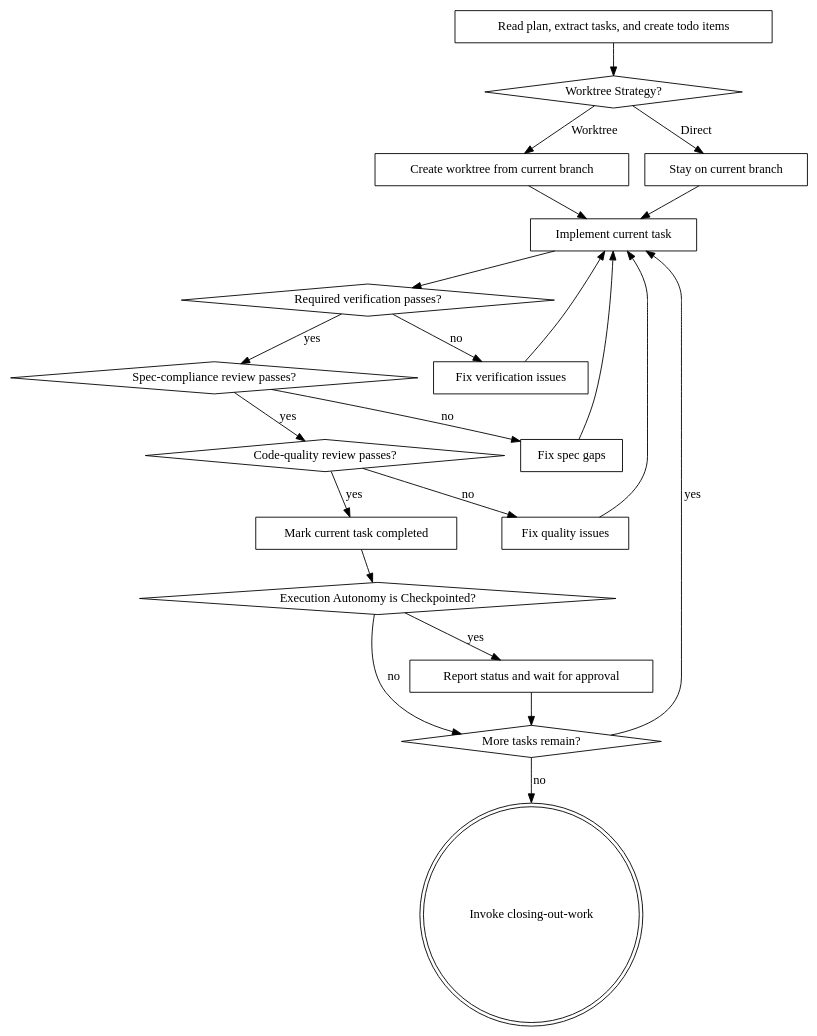
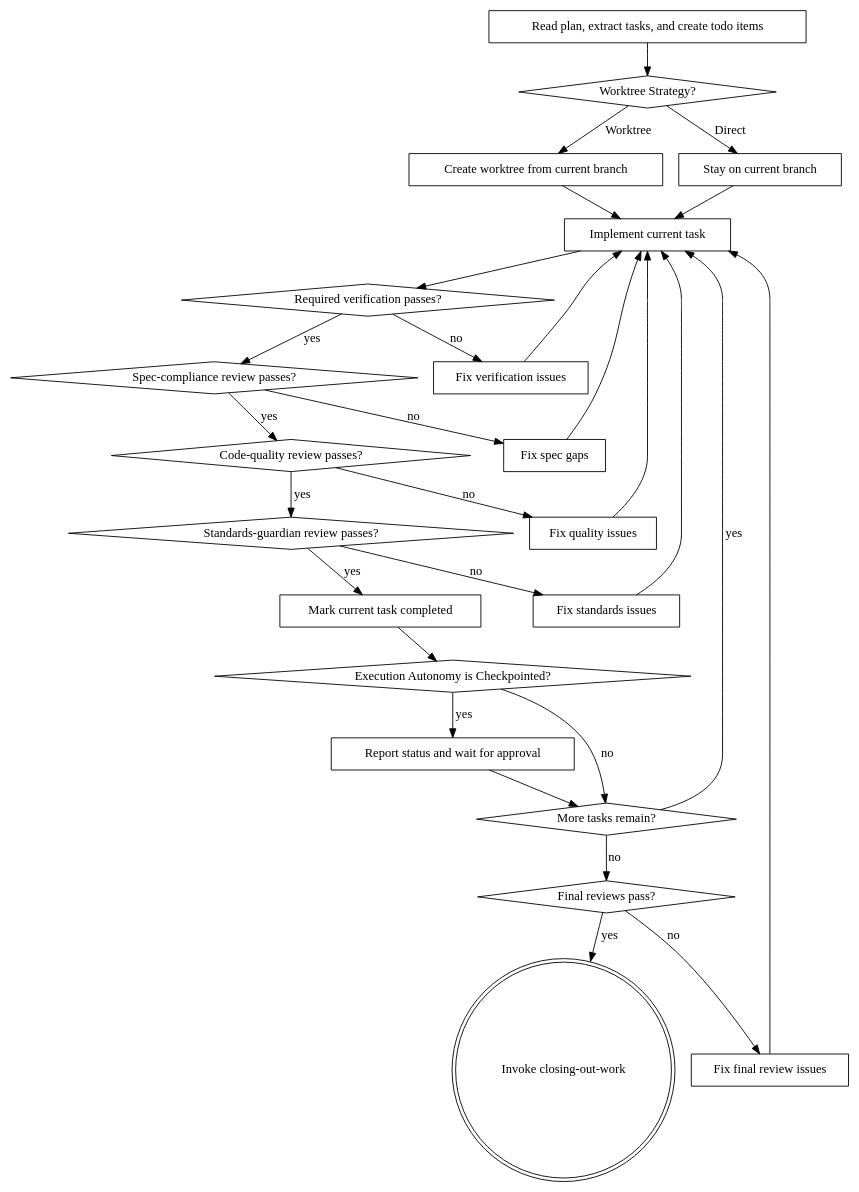
One commit to clashmar/know-how changed the diagram in skills/executing-plans/SKILL.md. Above: the diagram before and after it, drawn with Graphviz. The commit also changed other lines of this file and 5 other files, not shown here.

Commit message:
feat(know-how): add standards-guardian agent and integrate into execution + close-out workflows

````diff
--- a/skills/executing-plans/SKILL.md
+++ b/skills/executing-plans/SKILL.md
@@ -36,42 +36,52 @@
 ```dot
  digraph execution {
      "Read plan, extract tasks, and create todo items" [shape=box];
      "Worktree Strategy?" [shape=diamond];
      "Create worktree from current branch" [shape=box];
      "Stay on current branch" [shape=box];
      "Implement current task" [shape=box];
      "Required verification passes?" [shape=diamond];
      "Fix verification issues" [shape=box];
      "Spec-compliance review passes?" [shape=diamond];
      "Fix spec gaps" [shape=box];
      "Code-quality review passes?" [shape=diamond];
      "Fix quality issues" [shape=box];
+     "Standards-guardian review passes?" [shape=diamond];
+     "Fix standards issues" [shape=box];
      "Mark current task completed" [shape=box];
      "Execution Autonomy is Checkpointed?" [shape=diamond];
      "Report status and wait for approval" [shape=box];
      "More tasks remain?" [shape=diamond];
+     "Final reviews pass?" [shape=diamond];
+     "Fix final review issues" [shape=box];
      "Invoke closing-out-work" [shape=doublecircle];
 
      "Read plan, extract tasks, and create todo items" -> "Worktree Strategy?";
      "Worktree Strategy?" -> "Create worktree from current branch" [label="Worktree"];
      "Worktree Strategy?" -> "Stay on current branch" [label="Direct"];
      "Create worktree from current branch" -> "Implement current task";
      "Stay on current branch" -> "Implement current task";
      "Implement current task" -> "Required verification passes?";
      "Required verification passes?" -> "Fix verification issues" [label="no"];
      "Fix verification issues" -> "Implement current task";
      "Required verification passes?" -> "Spec-compliance review passes?" [label="yes"];
      "Spec-compliance review passes?" -> "Fix spec gaps" [label="no"];
      "Fix spec gaps" -> "Implement current task";
      "Spec-compliance review passes?" -> "Code-quality review passes?" [label="yes"];
      "Code-quality review passes?" -> "Fix quality issues" [label="no"];
      "Fix quality issues" -> "Implement current task";
-     "Code-quality review passes?" -> "Mark current task completed" [label="yes"];
+     "Code-quality review passes?" -> "Standards-guardian review passes?" [label="yes"];
+     "Standards-guardian review passes?" -> "Fix standards issues" [label="no"];
+     "Fix standards issues" -> "Implement current task";
+     "Standards-guardian review passes?" -> "Mark current task completed" [label="yes"];
      "Mark current task completed" -> "Execution Autonomy is Checkpointed?";
      "Execution Autonomy is Checkpointed?" -> "Report status and wait for approval" [label="yes"];
      "Execution Autonomy is Checkpointed?" -> "More tasks remain?" [label="no"];
      "Report status and wait for approval" -> "More tasks remain?";
      "More tasks remain?" -> "Implement current task" [label="yes"];
-     "More tasks remain?" -> "Invoke closing-out-work" [label="no"];
+     "More tasks remain?" -> "Final reviews pass?" [label="no"];
+     "Final reviews pass?" -> "Invoke closing-out-work" [label="yes"];
+     "Final reviews pass?" -> "Fix final review issues" [label="no"];
+     "Fix final review issues" -> "Implement current task";
  }
 ```
````
